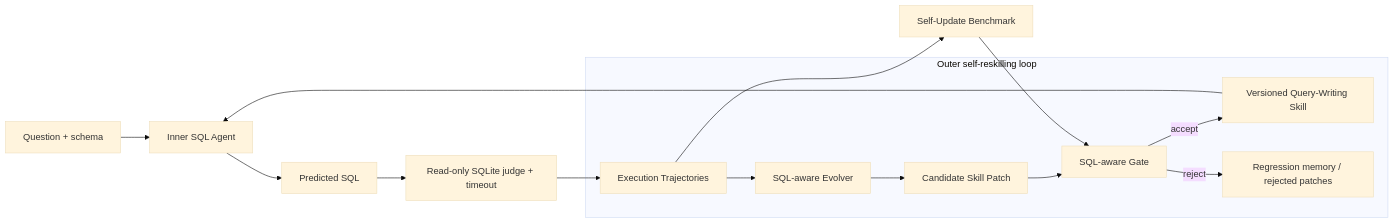
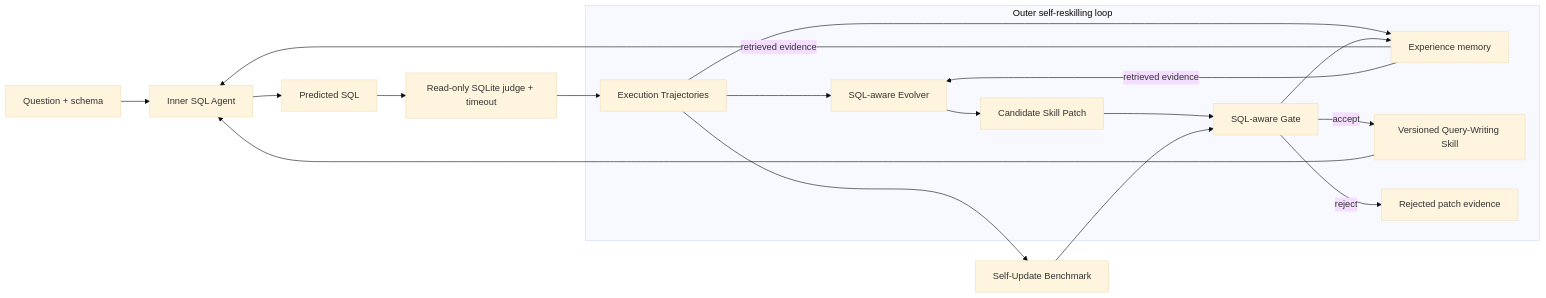
Before and after one commit to jxwfdpt42t-ship-it/ReskillSQL: the first of 2 diagrams in docs/ARCHITECTURE.md, drawn with Mermaid (base theme). The commit also changed other lines of this file and 39 other files, not shown here.

Commit message:
feat: add MemRL-style experience memory

````diff
--- a/docs/ARCHITECTURE.md
+++ b/docs/ARCHITECTURE.md
@@ -7,19 +7,23 @@
 ```mermaid
 flowchart LR
     Q[Question + schema] --> IA[Inner SQL Agent]
+    M[Experience memory] -->|retrieved evidence| IA
     IA --> SQL[Predicted SQL]
     SQL --> J[Read-only SQLite judge + timeout]
     J --> ET[Execution Trajectories]
 
     subgraph Outer[Outer self-reskilling loop]
         ET --> EV[SQL-aware Evolver]
+        M -->|retrieved evidence| EV
         EV --> CP[Candidate Skill Patch]
         CP --> G[SQL-aware Gate]
         G -->|accept| VS[Versioned Query-Writing Skill]
-        G -->|reject| RM[Regression memory / rejected patches]
+        G -->|reject| RP[Rejected patch evidence]
     end
 
     VS --> IA
+    ET --> M
+    G --> M
     ET --> B[Self-Update Benchmark]
     B --> G
 ```
````
